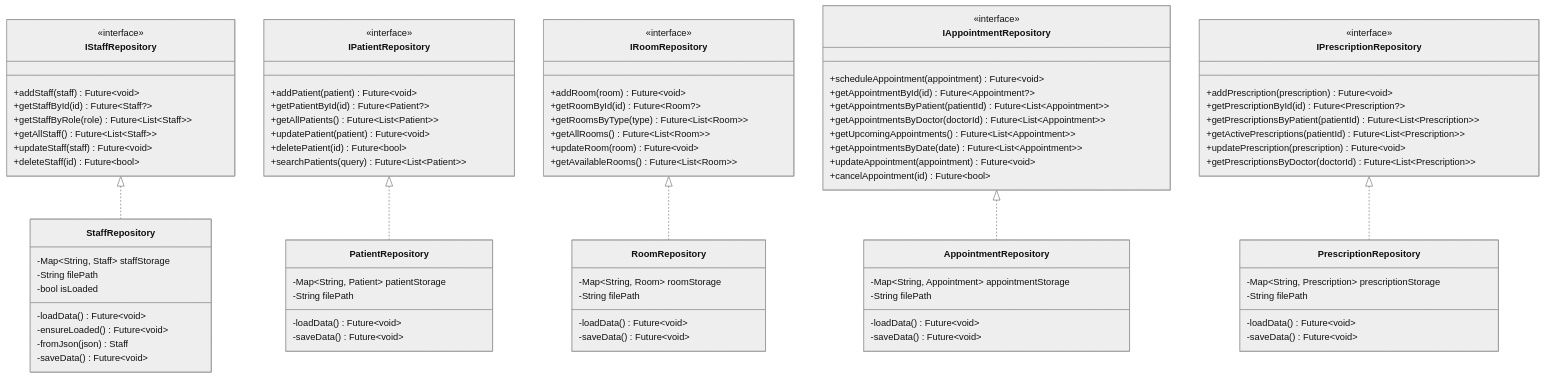
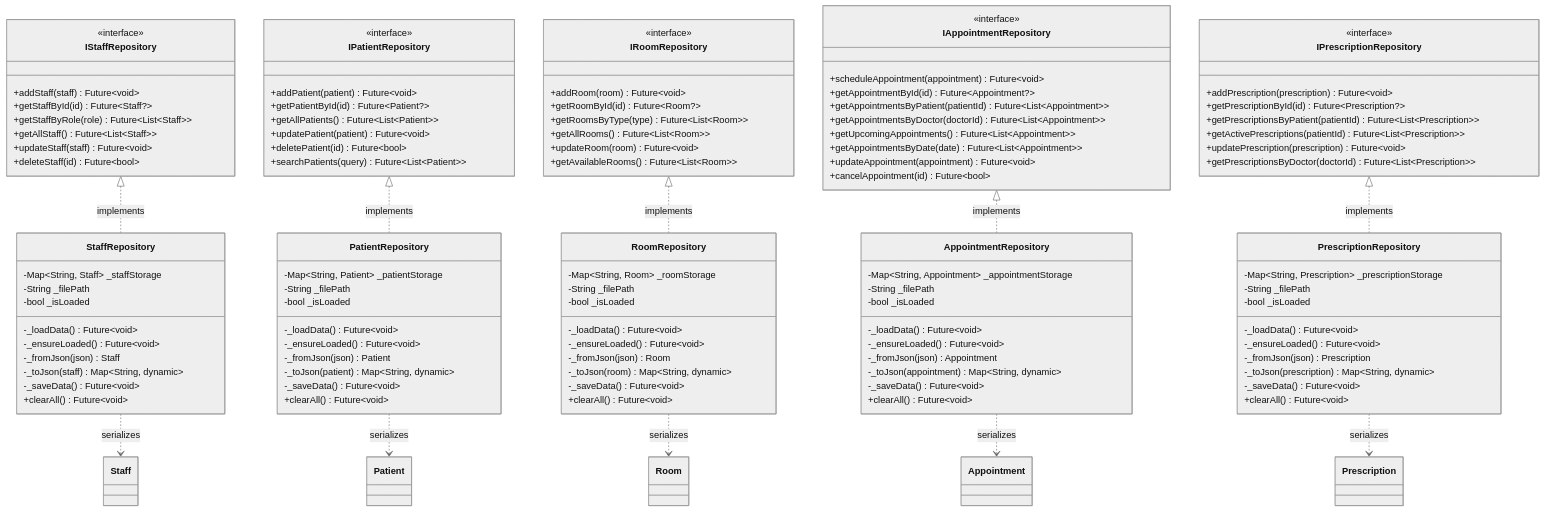
The second of 12 diagrams in UML_DIAGRAMS.md (longboren/Hospital_Management_Systems), drawn with Mermaid (neutral theme) before and after one commit. The commit also changed other lines of this file and 8 other files, not shown here.

````diff
--- a/UML_DIAGRAMS.md
+++ b/UML_DIAGRAMS.md
@@ -205,6 +281,6 @@
 ```mermaid
 classDiagram
-    %% Repository Interfaces
+    %% Repository Interfaces (Domain Layer)
     class IStaffRepository {
         <<interface>>
         +addStaff(staff) Future~void~
@@ -257,48 +333,76 @@
         +getPrescriptionsByDoctor(doctorId) Future~List~Prescription~~
     }
     
-    %% Concrete Implementations
+    %% Concrete Implementations (Data Layer)
     class StaffRepository {
-        -Map~String, Staff~ staffStorage
-        -String filePath
-        -bool isLoaded
-        -loadData() Future~void~
-        -ensureLoaded() Future~void~
-        -fromJson(json) Staff
-        -saveData() Future~void~
+        -Map~String, Staff~ _staffStorage
+        -String _filePath
+        -bool _isLoaded
+        -_loadData() Future~void~
+        -_ensureLoaded() Future~void~
+        -_fromJson(json) Staff
+        -_toJson(staff) Map~String, dynamic~
+        -_saveData() Future~void~
+        +clearAll() Future~void~
     }
     
     class PatientRepository {
-        -Map~String, Patient~ patientStorage
-        -String filePath
-        -loadData() Future~void~
-        -saveData() Future~void~
+        -Map~String, Patient~ _patientStorage
+        -String _filePath
+        -bool _isLoaded
+        -_loadData() Future~void~
+        -_ensureLoaded() Future~void~
+        -_fromJson(json) Patient
+        -_toJson(patient) Map~String, dynamic~
+        -_saveData() Future~void~
+        +clearAll() Future~void~
     }
     
     class RoomRepository {
-        -Map~String, Room~ roomStorage
-        -String filePath
-        -loadData() Future~void~
-        -saveData() Future~void~
+        -Map~String, Room~ _roomStorage
+        -String _filePath
+        -bool _isLoaded
+        -_loadData() Future~void~
+        -_ensureLoaded() Future~void~
+        -_fromJson(json) Room
+        -_toJson(room) Map~String, dynamic~
+        -_saveData() Future~void~
+        +clearAll() Future~void~
     }
     
     class AppointmentRepository {
-        -Map~String, Appointment~ appointmentStorage
-        -String filePath
-        -loadData() Future~void~
-        -saveData() Future~void~
+        -Map~String, Appointment~ _appointmentStorage
+        -String _filePath
+        -bool _isLoaded
+        -_loadData() Future~void~
+        -_ensureLoaded() Future~void~
+        -_fromJson(json) Appointment
+        -_toJson(appointment) Map~String, dynamic~
+        -_saveData() Future~void~
+        +clearAll() Future~void~
     }
     
     class PrescriptionRepository {
-        -Map~String, Prescription~ prescriptionStorage
-        -String filePath
-        -loadData() Future~void~
-        -saveData() Future~void~
+        -Map~String, Prescription~ _prescriptionStorage
+        -String _filePath
+        -bool _isLoaded
+        -_loadData() Future~void~
+        -_ensureLoaded() Future~void~
+        -_fromJson(json) Prescription
+        -_toJson(prescription) Map~String, dynamic~
+        -_saveData() Future~void~
+        +clearAll() Future~void~
     }
     
-    IStaffRepository <|.. StaffRepository
-    IPatientRepository <|.. PatientRepository
-    IRoomRepository <|.. RoomRepository
-    IAppointmentRepository <|.. AppointmentRepository
-    IPrescriptionRepository <|.. PrescriptionRepository
+    IStaffRepository <|.. StaffRepository : implements
+    IPatientRepository <|.. PatientRepository : implements
+    IRoomRepository <|.. RoomRepository : implements
+    IAppointmentRepository <|.. AppointmentRepository : implements
+    IPrescriptionRepository <|.. PrescriptionRepository : implements
+    
+    StaffRepository ..> Staff : serializes
+    PatientRepository ..> Patient : serializes
+    RoomRepository ..> Room : serializes
+    AppointmentRepository ..> Appointment : serializes
+    PrescriptionRepository ..> Prescription : serializes
 ```
````
